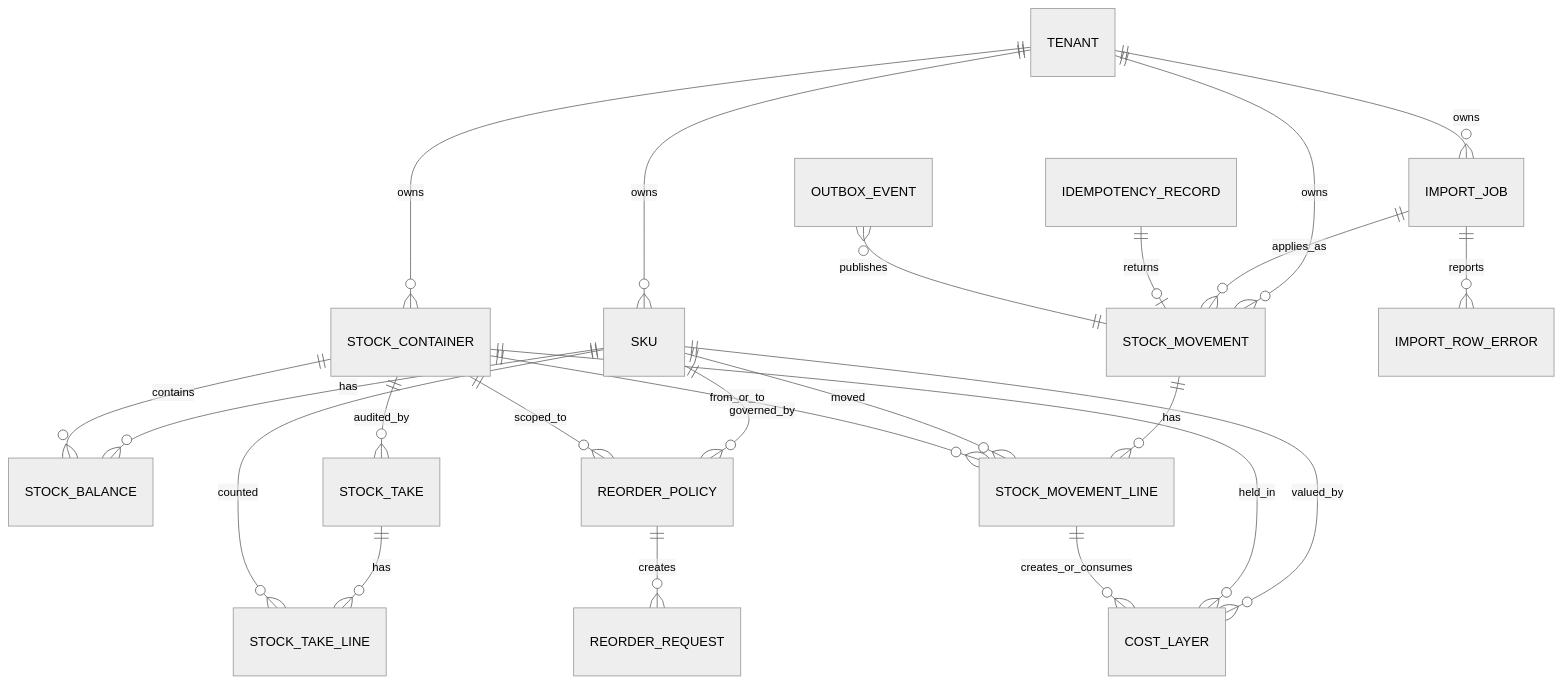
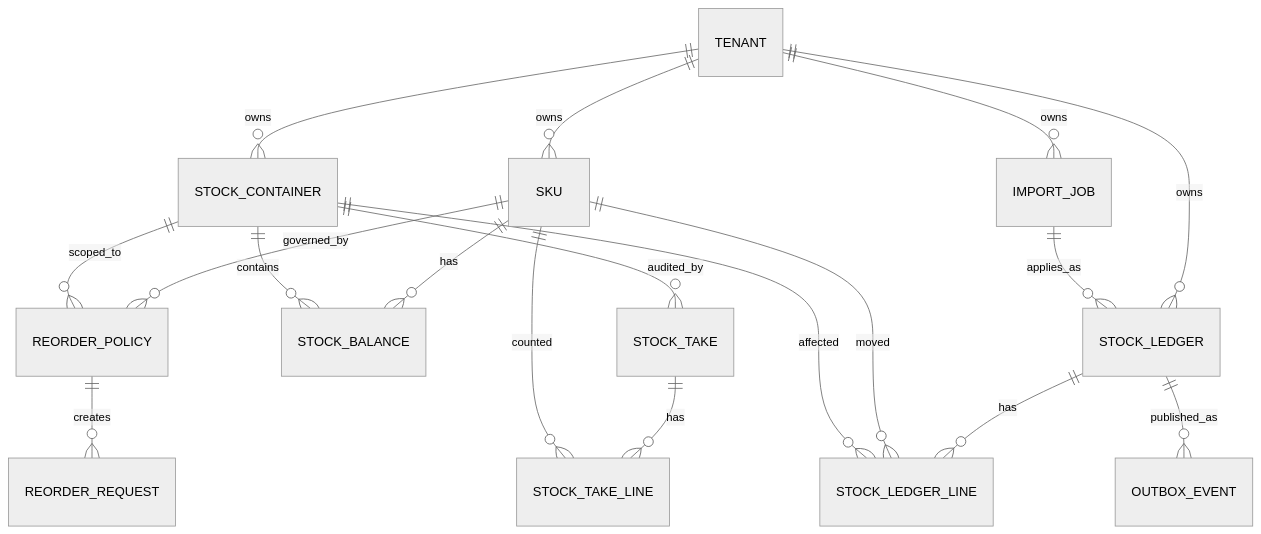
The diagram in Solution.md (radupotop/Plentific), drawn with Mermaid (neutral theme) before and after one commit. The commit also changed other lines of this file and 1 other file, not shown here.

````diff
--- a/Solution.md
+++ b/Solution.md
@@ -110,32 +112,25 @@
 ```mermaid
 erDiagram
     TENANT ||--o{ SKU : owns
     TENANT ||--o{ STOCK_CONTAINER : owns
-    TENANT ||--o{ STOCK_MOVEMENT : owns
+    TENANT ||--o{ STOCK_LEDGER : owns
     TENANT ||--o{ IMPORT_JOB : owns
 
     SKU ||--o{ STOCK_BALANCE : has
     STOCK_CONTAINER ||--o{ STOCK_BALANCE : contains
 
-    STOCK_MOVEMENT ||--o{ STOCK_MOVEMENT_LINE : has
-    SKU ||--o{ STOCK_MOVEMENT_LINE : moved
-    STOCK_CONTAINER ||--o{ STOCK_MOVEMENT_LINE : from_or_to
+    STOCK_LEDGER ||--o{ STOCK_LEDGER_LINE : has
+    SKU ||--o{ STOCK_LEDGER_LINE : moved
+    STOCK_CONTAINER ||--o{ STOCK_LEDGER_LINE : affected
 
     STOCK_CONTAINER ||--o{ STOCK_TAKE : audited_by
     STOCK_TAKE ||--o{ STOCK_TAKE_LINE : has
     SKU ||--o{ STOCK_TAKE_LINE : counted
 
     SKU ||--o{ REORDER_POLICY : governed_by
     STOCK_CONTAINER ||--o{ REORDER_POLICY : scoped_to
     REORDER_POLICY ||--o{ REORDER_REQUEST : creates
 
-    SKU ||--o{ COST_LAYER : valued_by
-    STOCK_CONTAINER ||--o{ COST_LAYER : held_in
-    STOCK_MOVEMENT_LINE ||--o{ COST_LAYER : creates_or_consumes
-
-    IMPORT_JOB ||--o{ IMPORT_ROW_ERROR : reports
-    IMPORT_JOB ||--o{ STOCK_MOVEMENT : applies_as
-
-    IDEMPOTENCY_RECORD ||--o| STOCK_MOVEMENT : returns
-    OUTBOX_EVENT }o--|| STOCK_MOVEMENT : publishes
+    IMPORT_JOB ||--o{ STOCK_LEDGER : applies_as
+    STOCK_LEDGER ||--o{ OUTBOX_EVENT : published_as
 ```
````
